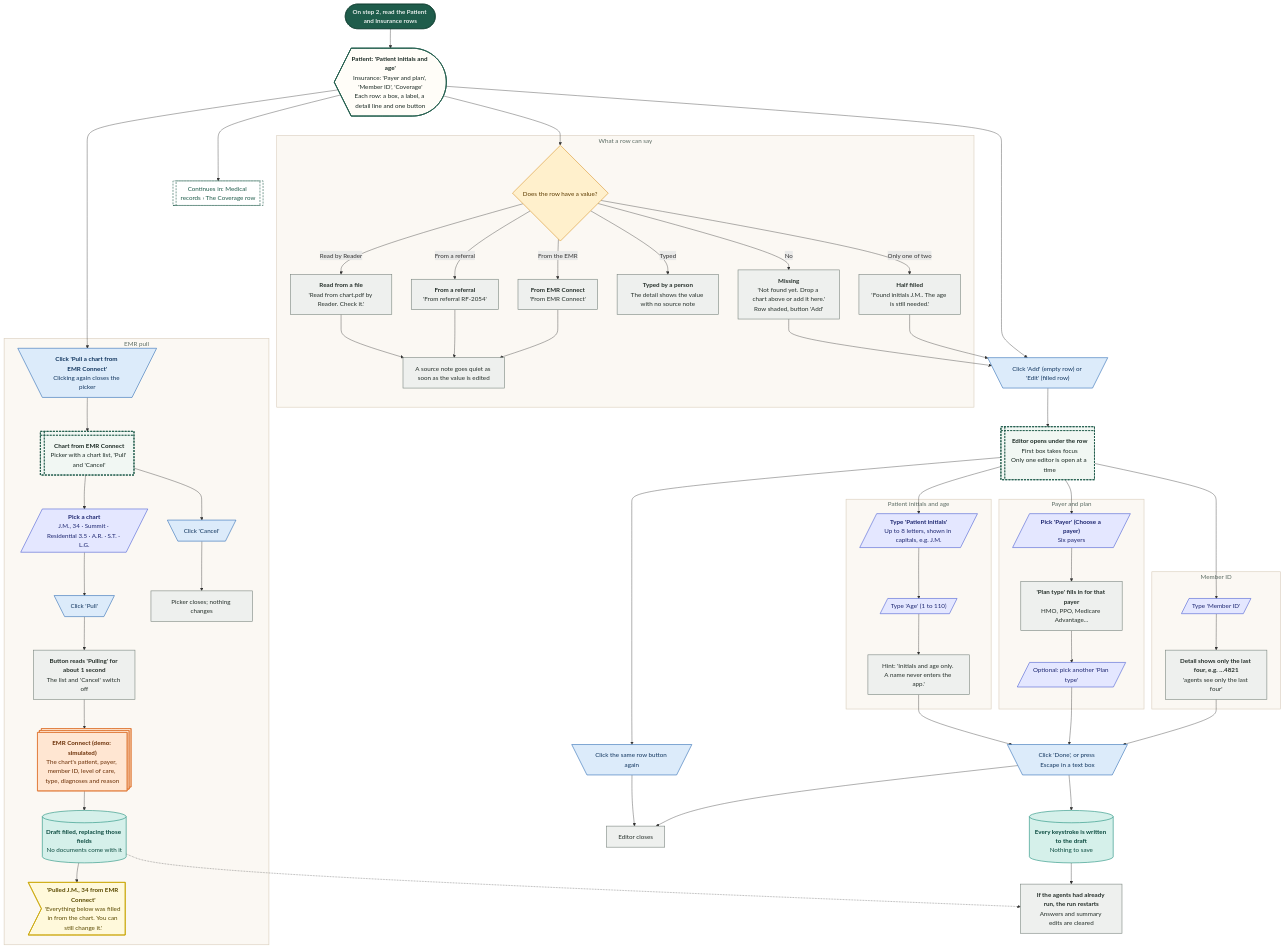
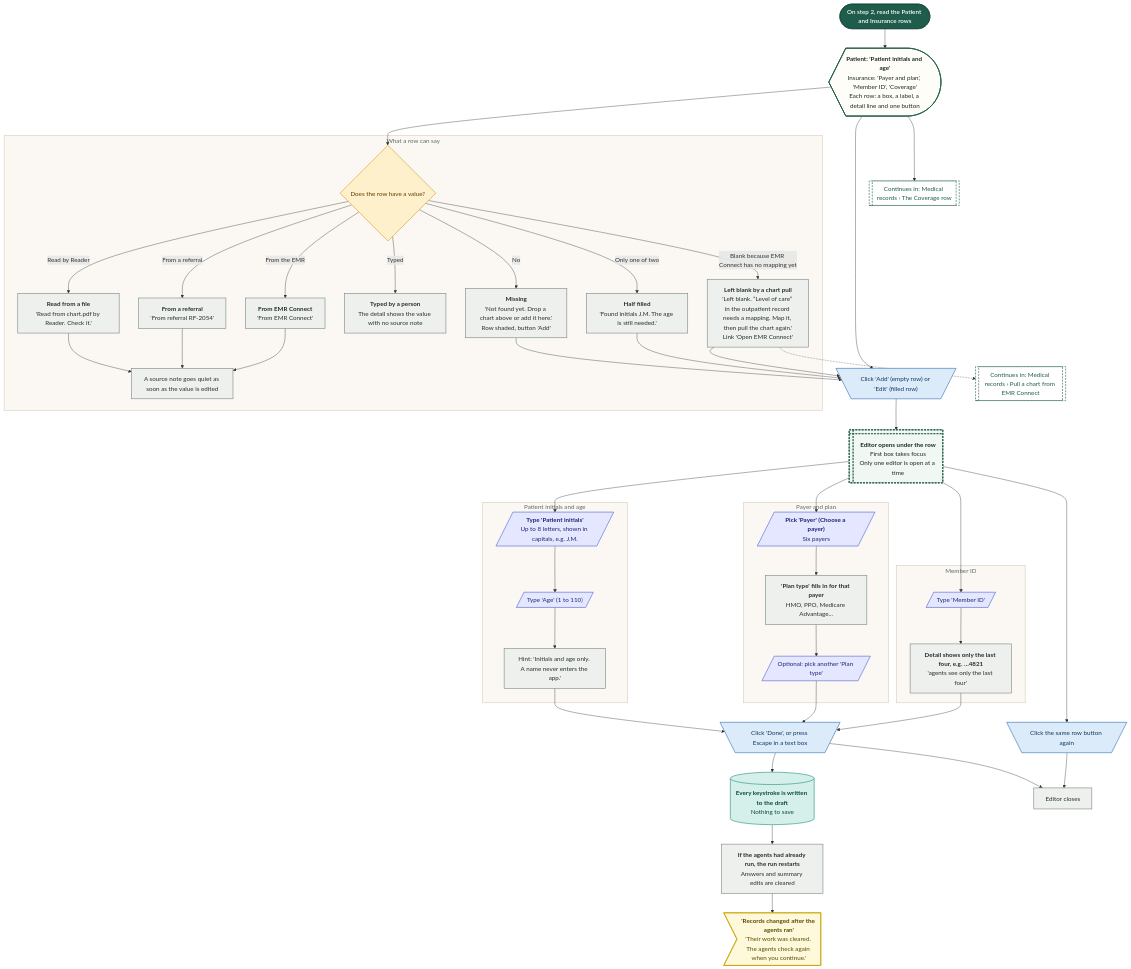
One commit to Shrav143/psyfloapp changed diagram 21 of 36 in demos/prior-auth-demo/workflows/out/md/04-new-case.md. Above: the diagram before and after it, drawn with Mermaid. The commit also changed other lines of this file and 195 other files, not shown here.

First line of the commit message:
docs: Rebuild workflow diagrams after the demo fixes (220 diagrams)

````diff
--- a/demos/prior-auth-demo/workflows/out/md/04-new-case.md
+++ b/demos/prior-auth-demo/workflows/out/md/04-new-case.md
@@ -1788,7 +1854,8 @@
   r4@{ shape: rect, label: "<b>From EMR Connect</b><br/>'From EMR Connect'" }
   r2@{ shape: rect, label: "<b>Typed by a person</b><br/>The detail shows the value with no source note" }
   r5@{ shape: rect, label: "<b>Missing</b><br/>'Not found yet. Drop a chart above or add it here.'<br/>Row shaded, button 'Add'" }
-  r6@{ shape: rect, label: "<b>Half filled</b><br/>'Found initials J.M.. The age is still needed.'" }
+  r6@{ shape: rect, label: "<b>Half filled</b><br/>'Found initials J.M. The age is still needed.'" }
+  r7@{ shape: rect, label: "<b>Left blank by a chart pull</b><br/>'Left blank. “Level of care” in the outpatient record needs a mapping. Map it, then pull the chart again.'<br/>Link 'Open EMR Connect'" }
   rNote@{ shape: rect, label: "A source note goes quiet as soon as the value is edited" }
   end
   cEdit@{ shape: trap-t, label: "Click 'Add' (empty row) or 'Edit' (filled row)" }
@@ -1812,19 +1879,9 @@
   cDone@{ shape: trap-t, label: "Click 'Done', or press Escape in a text box" }
   stLive@{ shape: cyl, label: "<b>Every keystroke is written to the draft</b><br/>Nothing to save" }
   pStale@{ shape: rect, label: "<b>If the agents had already run, the run restarts</b><br/>Answers and summary edits are cleared" }
+  tStale@{ shape: odd, label: "<b>'Records changed after the agents ran'</b><br/>'Their work was cleared. The agents check again when you continue.'" }
   g40@{ shape: subproc, label: "Continues in: Medical records › The Coverage row" }
-  subgraph gEmr ["EMR pull"]
-  cPull@{ shape: trap-t, label: "<b>Click 'Pull a chart from EMR Connect'</b><br/>Clicking again closes the picker" }
-  oPick@{ shape: win-pane, label: "<b>Chart from EMR Connect</b><br/>Picker with a chart list, 'Pull' and 'Cancel'" }
-  iChart@{ shape: lean-r, label: "<b>Pick a chart</b><br/>J.M., 34 · Summit · Residential 3.5 · A.R. · S.T. · L.G." }
-  cPullGo@{ shape: trap-t, label: "Click 'Pull'" }
-  pPulling@{ shape: rect, label: "<b>Button reads 'Pulling' for about 1 second</b><br/>The list and 'Cancel' switch off" }
-  xEmr@{ shape: st-rect, label: "<b>EMR Connect (demo: simulated)</b><br/>The chart's patient, payer, member ID, level of care, type, diagnoses and reason" }
-  stEmr@{ shape: cyl, label: "<b>Draft filled, replacing those fields</b><br/>No documents come with it" }
-  tEmr@{ shape: odd, label: "<b>'Pulled J.M., 34 from EMR Connect'</b><br/>'Everything below was filled in from the chart. You can still change it.'" }
-  cCancelEmr@{ shape: trap-t, label: "Click 'Cancel'" }
-  pCancelEmr@{ shape: rect, label: "Picker closes; nothing changes" }
-  end
+  g44@{ shape: subproc, label: "Continues in: Medical records › Pull a chart from EMR Connect" }
   s1 --> sc --> dSrc
   dSrc -->|"Read by Reader"| r1
   dSrc -->|"From a referral"| r3
@@ -1832,6 +1889,7 @@
   dSrc -->|"Typed"| r2
   dSrc -->|"No"| r5
   dSrc -->|"Only one of two"| r6
+  dSrc -->|"Blank because EMR Connect has no mapping yet"| r7
   r1 --> rNote
   r3 --> rNote
   r4 --> rNote
@@ -1842,30 +1900,27 @@
   oEd --> iMember --> pMask
   r5 --> cEdit
   r6 --> cEdit
+  r7 --> cEdit
+  r7 -.-> g44
   pName --> cDone
   iPlan --> cDone
   pMask --> cDone
-  cDone --> stLive --> pStale
+  cDone --> stLive --> pStale --> tStale
   oEd --> cAgain --> pClose
   cDone --> pClose
   sc --> g40
-  sc --> cPull --> oPick --> iChart --> cPullGo --> pPulling --> xEmr --> stEmr --> tEmr
-  oPick --> cCancelEmr --> pCancelEmr
-  stEmr -.-> pStale
   class s1 k_start
   class sc k_screen
   class dSrc k_decision
-  class r1,r3,r4,r2,r5,r6,rNote,pClose,pName,pPlan,pMask,pStale,pPulling,pCancelEmr k_process
-  class cEdit,cAgain,cDone,cPull,cPullGo,cCancelEmr k_click
-  class oEd,oPick k_overlay
-  class iInit,iAge,iPayer,iPlan,iMember,iChart k_input
-  class stLive,stEmr k_store
-  class g40 k_goto
-  class xEmr k_ext
-  class tEmr k_toast
+  class r1,r3,r4,r2,r5,r6,r7,rNote,pClose,pName,pPlan,pMask,pStale k_process
+  class cEdit,cAgain,cDone k_click
+  class oEd k_overlay
+  class iInit,iAge,iPayer,iPlan,iMember k_input
+  class stLive k_store
+  class tStale k_toast
+  class g40,g44 k_goto
   style gState fill:#FBF8F3,stroke:#D9CDBB,stroke-width:1.5px,color:#5B6B63
   style gPatient fill:#FBF8F3,stroke:#D9CDBB,stroke-width:1.5px,color:#5B6B63
   style gPayer fill:#FBF8F3,stroke:#D9CDBB,stroke-width:1.5px,color:#5B6B63
   style gMember fill:#FBF8F3,stroke:#D9CDBB,stroke-width:1.5px,color:#5B6B63
-  style gEmr fill:#FBF8F3,stroke:#D9CDBB,stroke-width:1.5px,color:#5B6B63
 ```
````
